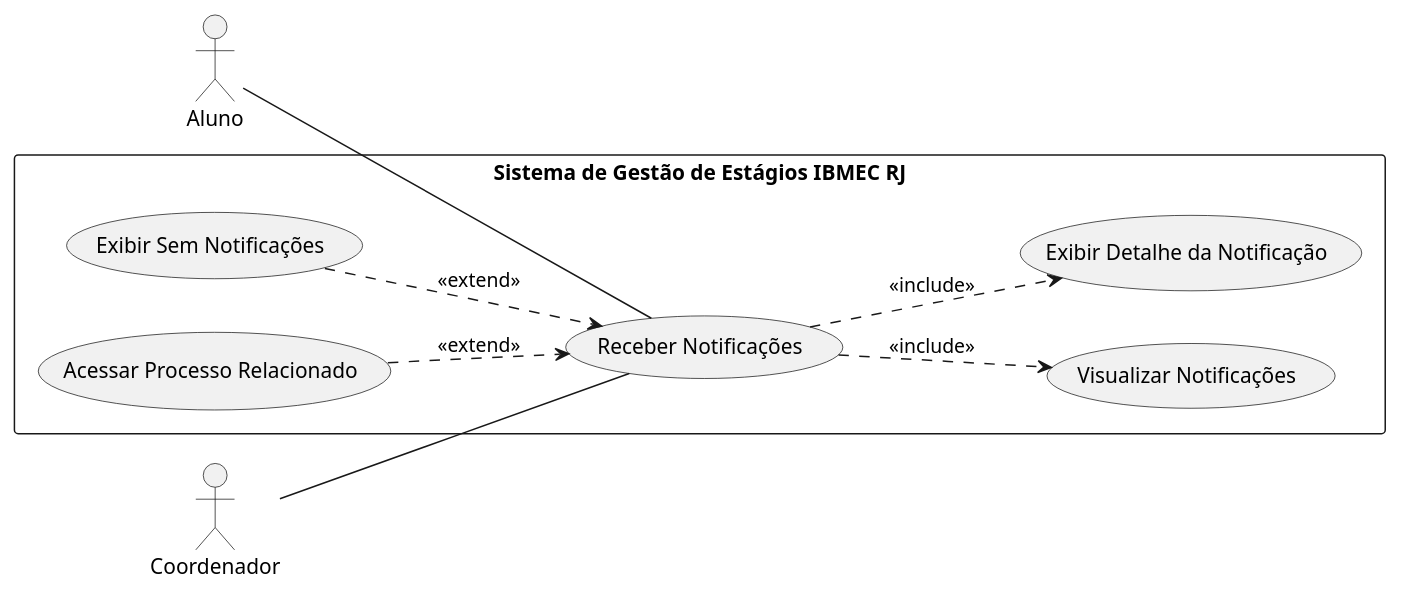
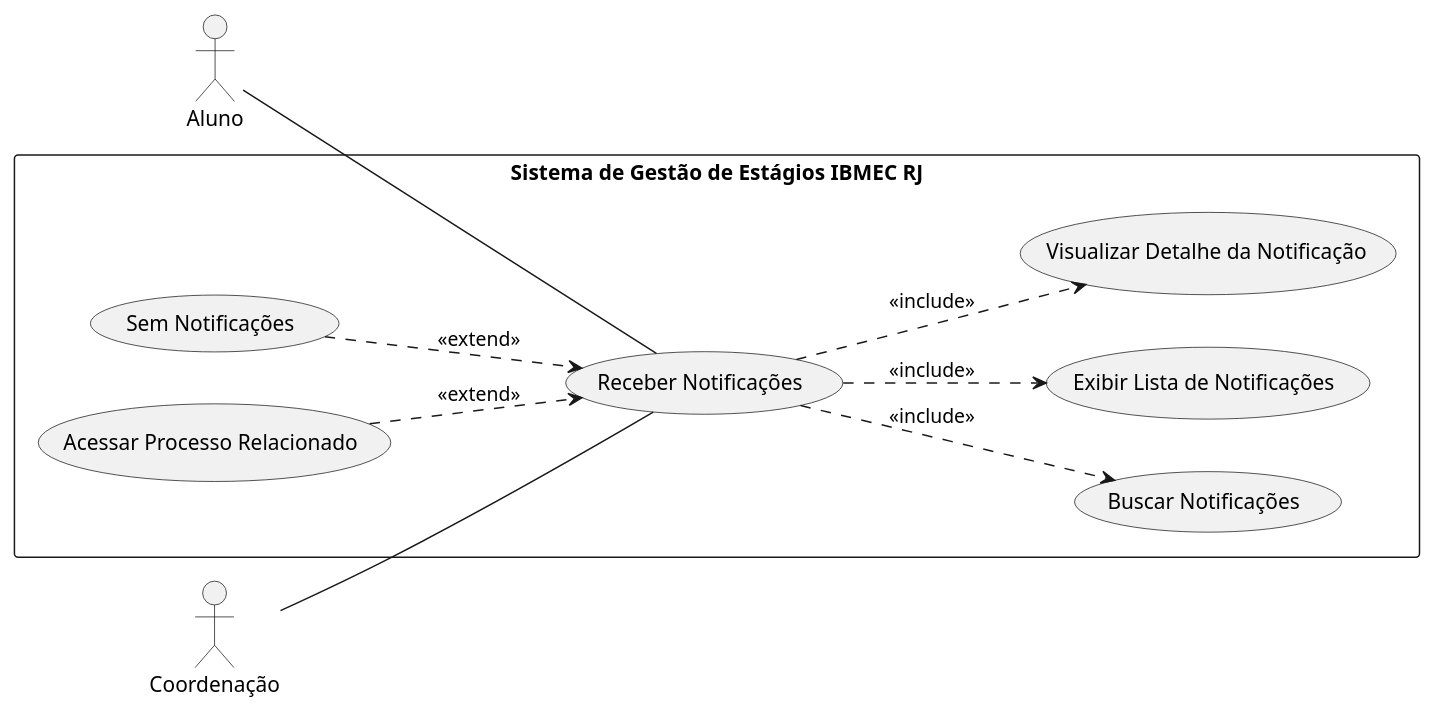
One commit to Projetos-de-Extensao/PBE_26.1_8002_I changed the seventh of 10 diagrams in docs/Elaboracao/casos_de_uso.md. Above: the diagram before and after it, drawn with PlantUML. The commit also changed other lines of this file, not shown here.

````diff
--- a/docs/Elaboracao/casos_de_uso.md
+++ b/docs/Elaboracao/casos_de_uso.md
@@ -363,29 +406,31 @@
 ```puml
 @startuml
 left to right direction
 
 actor Aluno
-actor Coordenador
+actor Coordenação
 
 rectangle "Sistema de Gestão de Estágios IBMEC RJ" {
 
   usecase "Receber Notificações" as UC1
-  usecase "Visualizar Notificações" as UC2
-  usecase "Exibir Detalhe da Notificação" as UC3
-  usecase "Exibir Sem Notificações" as UC4
-  usecase "Acessar Processo Relacionado" as UC5
+  usecase "Buscar Notificações" as UC2
+  usecase "Exibir Lista de Notificações" as UC3
+  usecase "Visualizar Detalhe da Notificação" as UC4
+  usecase "Sem Notificações" as UC5
+  usecase "Acessar Processo Relacionado" as UC6
 
 }
 
 Aluno -- UC1
-Coordenador -- UC1
+Coordenação -- UC1
 
 UC1 ..> UC2 : <<include>>
 UC1 ..> UC3 : <<include>>
+UC1 ..> UC4 : <<include>>
 
-UC4 ..> UC1 : <<extend>>
 UC5 ..> UC1 : <<extend>>
+UC6 ..> UC1 : <<extend>>
 
 @enduml
 
 ```
````
